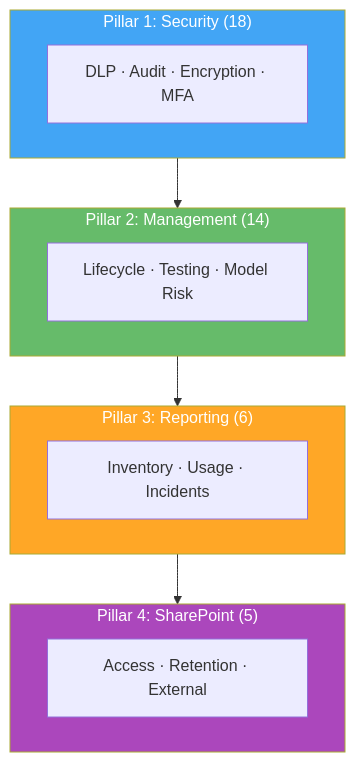
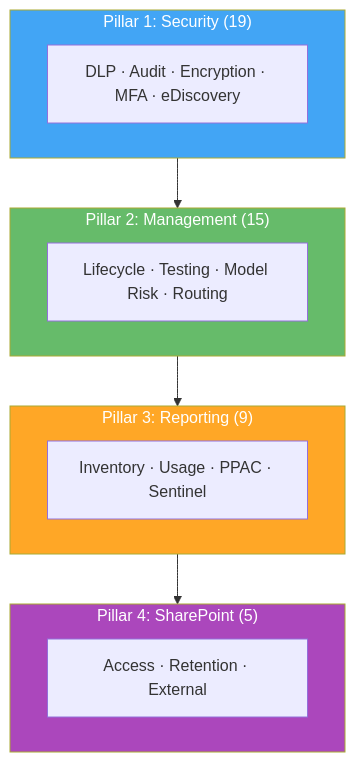
Before and after one commit to judeper/FSI-AgentGov: the first of 3 diagrams in docs/getting-started/overview.md, drawn with Mermaid. The commit also changed other lines of this file and 5 other files, not shown here.

````diff
--- a/docs/getting-started/overview.md
+++ b/docs/getting-started/overview.md
@@ -30,22 +72,22 @@
 ```mermaid
 graph TB
     subgraph P4["Pillar 4: SharePoint (5)"]
         SP[Access · Retention · External]
     end
-    subgraph P3["Pillar 3: Reporting (6)"]
-        RP[Inventory · Usage · Incidents]
+    subgraph P3["Pillar 3: Reporting (9)"]
+        RP[Inventory · Usage · PPAC · Sentinel]
     end
-    subgraph P2["Pillar 2: Management (14)"]
-        MG[Lifecycle · Testing · Model Risk]
+    subgraph P2["Pillar 2: Management (15)"]
+        MG[Lifecycle · Testing · Model Risk · Routing]
     end
-    subgraph P1["Pillar 1: Security (18)"]
-        SC[DLP · Audit · Encryption · MFA]
+    subgraph P1["Pillar 1: Security (19)"]
+        SC[DLP · Audit · Encryption · MFA · eDiscovery]
     end
 
     P1 --> P2 --> P3 --> P4
 
     style P1 fill:#42A5F5,color:#fff
     style P2 fill:#66BB6A,color:#fff
     style P3 fill:#FFA726,color:#fff
     style P4 fill:#AB47BC,color:#fff
 ```
````
